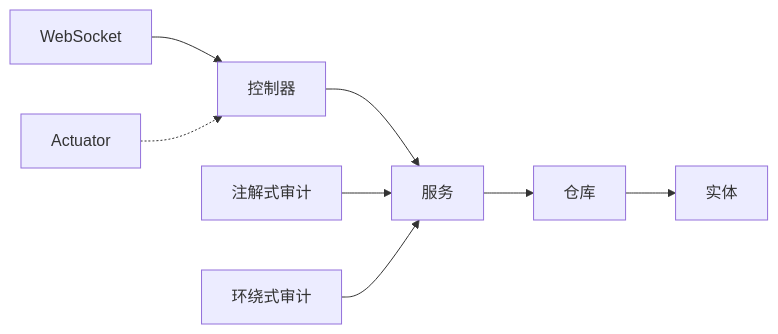
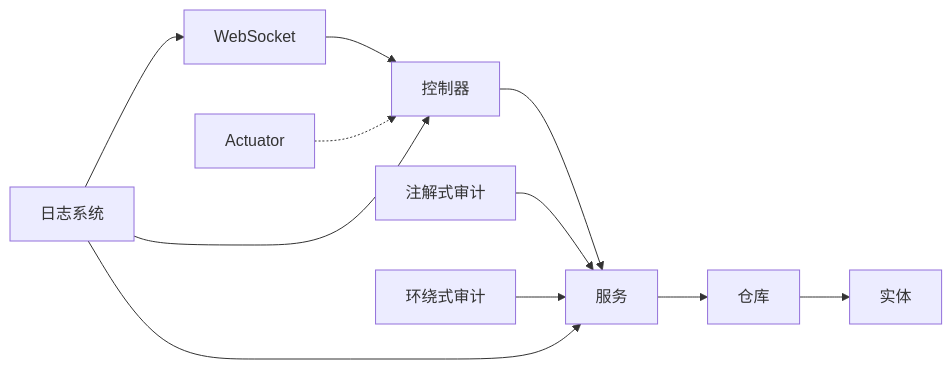
The sixth of 6 diagrams in .qoder/repowiki/zh/content/部署与运维/监控与日志.md (zzjxmy/mysql-risk-filed-check), drawn with Mermaid before and after one commit. The commit also changed other lines of this file and 6 other files, not shown here.

````diff
--- a/.qoder/repowiki/zh/content/部署与运维/监控与日志.md
+++ b/.qoder/repowiki/zh/content/部署与运维/监控与日志.md
@@ -317,10 +354,13 @@
 ```mermaid
 graph LR
 CTRL["控制器"] --> SVC["服务"]
 SVC --> REP["仓库"]
 REP --> ENT["实体"]
 AS1["注解式审计"] --> SVC
 AS2["环绕式审计"] --> SVC
 WS["WebSocket"] --> CTRL
 ACT["Actuator"] -.-> CTRL
+LOG["日志系统"] --> CTRL
+LOG --> SVC
+LOG --> WS
 ```
````
